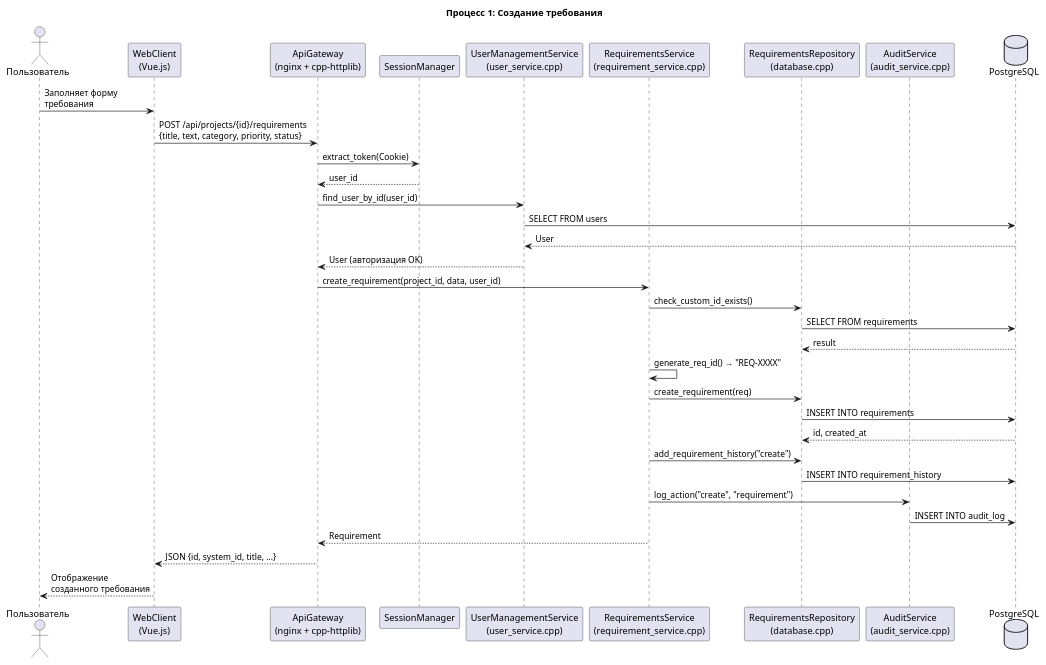
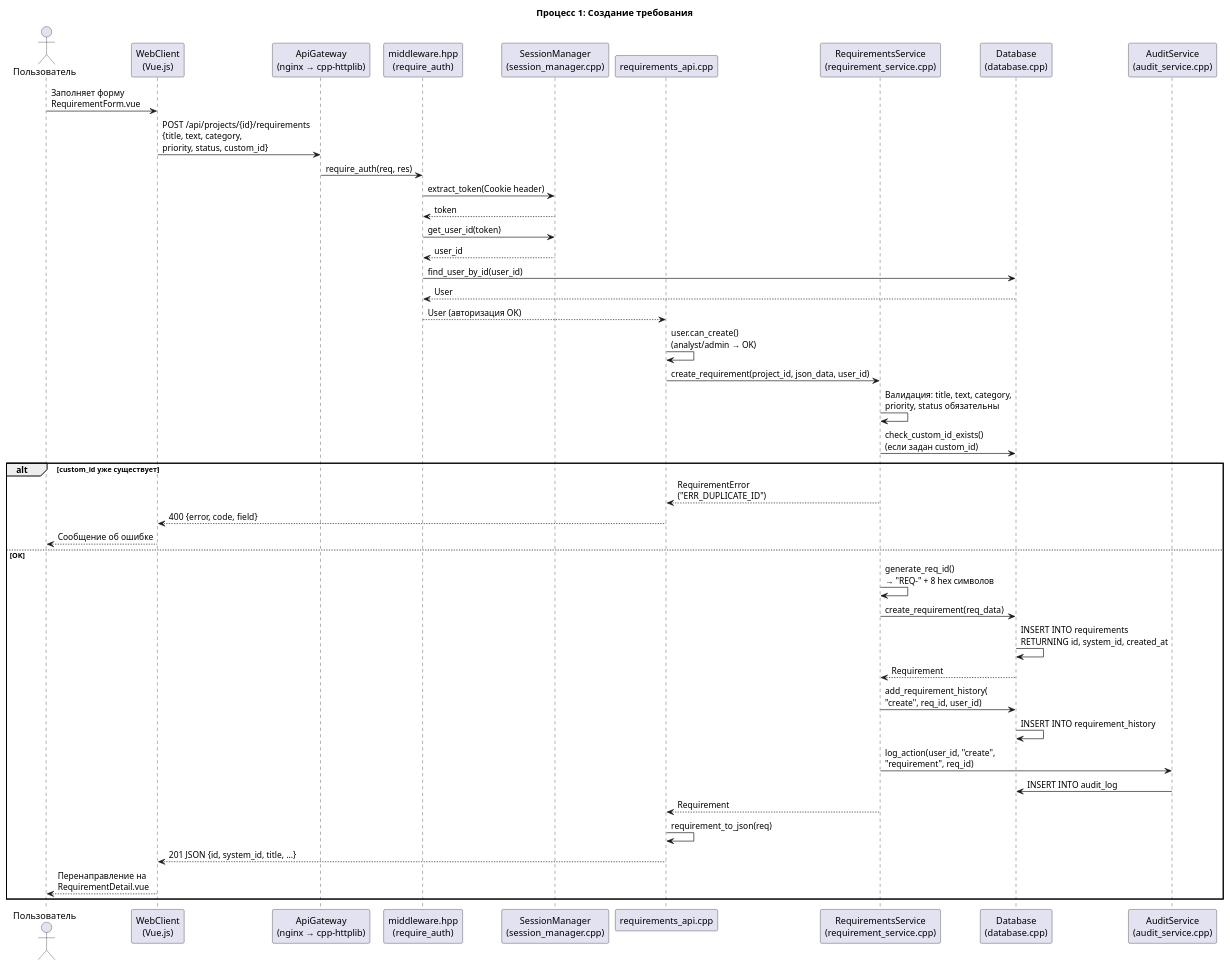
One commit to Ilya0217/sut changed the diagram in docs/sequences.puml. Above: the diagram before and after it, drawn with PlantUML. The commit also changed 9 other files, not shown here.

Commit message:
updated diagrams

```diff
--- a/docs/sequences.puml
+++ b/docs/sequences.puml
@@ -1,40 +1,54 @@
-@startuml "Диаграммы последовательностей СУТ"
+@startuml "Процесс 1: Создание требования"
 
 title Процесс 1: Создание требования
 
 actor "Пользователь" as User
 participant "WebClient\n(Vue.js)" as WC
-participant "ApiGateway\n(nginx + cpp-httplib)" as AG
-participant "SessionManager" as SM
-participant "UserManagementService\n(user_service.cpp)" as UMS
+participant "ApiGateway\n(nginx → cpp-httplib)" as AG
+participant "middleware.hpp\n(require_auth)" as MW
+participant "SessionManager\n(session_manager.cpp)" as SM
+participant "requirements_api.cpp" as RAPI
 participant "RequirementsService\n(requirement_service.cpp)" as RS
-participant "RequirementsRepository\n(database.cpp)" as RR
+participant "Database\n(database.cpp)" as DB
 participant "AuditService\n(audit_service.cpp)" as AS
-database "PostgreSQL" as DB
 
-User -> WC : Заполняет форму\nтребования
-WC -> AG : POST /api/projects/{id}/requirements\n{title, text, category, priority, status}
-AG -> SM : extract_token(Cookie)
-SM --> AG : user_id
-AG -> UMS : find_user_by_id(user_id)
-UMS -> DB : SELECT FROM users
-DB --> UMS : User
-UMS --> AG : User (авторизация OK)
+User -> WC : Заполняет форму\nRequirementForm.vue
+WC -> AG : POST /api/projects/{id}/requirements\n{title, text, category,\npriority, status, custom_id}
+AG -> MW : require_auth(req, res)
+MW -> SM : extract_token(Cookie header)
+SM --> MW : token
+MW -> SM : get_user_id(token)
+SM --> MW : user_id
+MW -> DB : find_user_by_id(user_id)
+DB --> MW : User
+MW --> RAPI : User (авторизация OK)
 
-AG -> RS : create_requirement(project_id, data, user_id)
-RS -> RR : check_custom_id_exists()
-RR -> DB : SELECT FROM requirements
-DB --> RR : result
-RS -> RS : generate_req_id() → "REQ-XXXX"
-RS -> RR : create_requirement(req)
-RR -> DB : INSERT INTO requirements
-DB --> RR : id, created_at
-RS -> RR : add_requirement_history("create")
-RR -> DB : INSERT INTO requirement_history
-RS -> AS : log_action("create", "requirement")
-AS -> DB : INSERT INTO audit_log
-RS --> AG : Requirement
-AG --> WC : JSON {id, system_id, title, ...}
-WC --> User : Отображение\nсозданного требования
+RAPI -> RAPI : user.can_create()\n(analyst/admin → OK)
+RAPI -> RS : create_requirement(project_id, json_data, user_id)
+
+RS -> RS : Валидация: title, text, category,\npriority, status обязательны
+RS -> DB : check_custom_id_exists()\n(если задан custom_id)
+
+alt custom_id уже существует
+    RS --> RAPI : RequirementError\n("ERR_DUPLICATE_ID")
+    RAPI --> WC : 400 {error, code, field}
+    WC --> User : Сообщение об ошибке
+else OK
+    RS -> RS : generate_req_id()\n→ "REQ-" + 8 hex символов
+    RS -> DB : create_requirement(req_data)
+    DB -> DB : INSERT INTO requirements\nRETURNING id, system_id, created_at
+    DB --> RS : Requirement
+
+    RS -> DB : add_requirement_history(\n"create", req_id, user_id)
+    DB -> DB : INSERT INTO requirement_history
+
+    RS -> AS : log_action(user_id, "create",\n"requirement", req_id)
+    AS -> DB : INSERT INTO audit_log
+
+    RS --> RAPI : Requirement
+    RAPI -> RAPI : requirement_to_json(req)
+    RAPI --> WC : 201 JSON {id, system_id, title, ...}
+    WC --> User : Перенаправление на\nRequirementDetail.vue
+end
 
 @enduml
```
